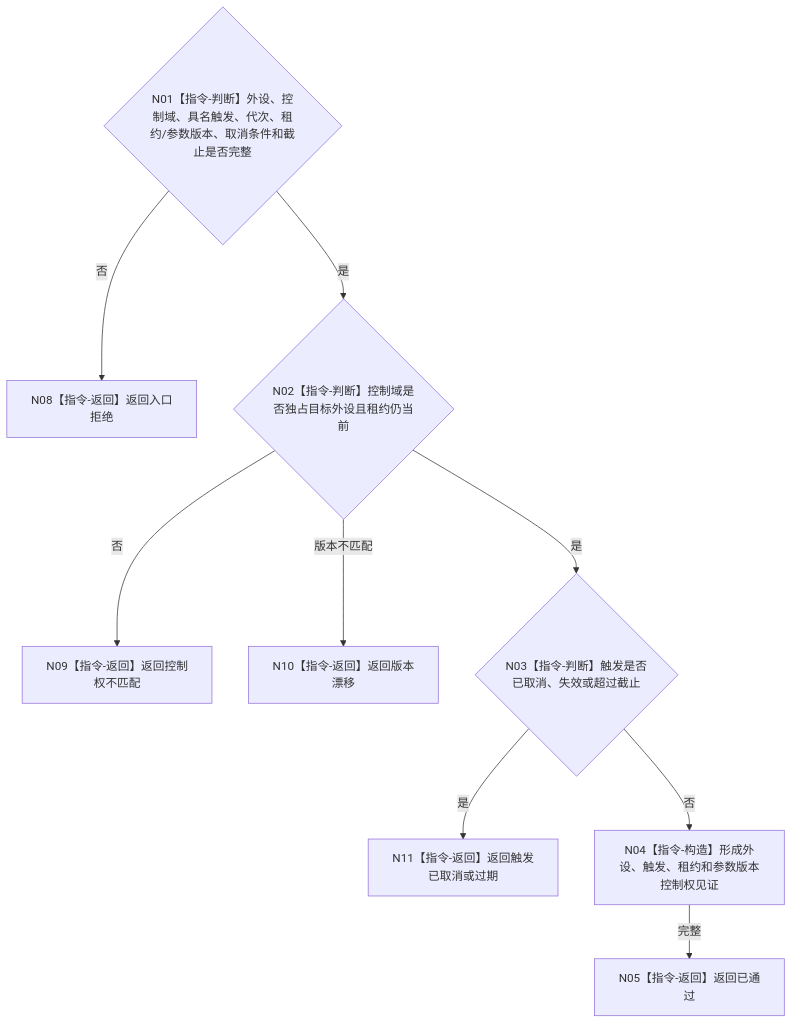
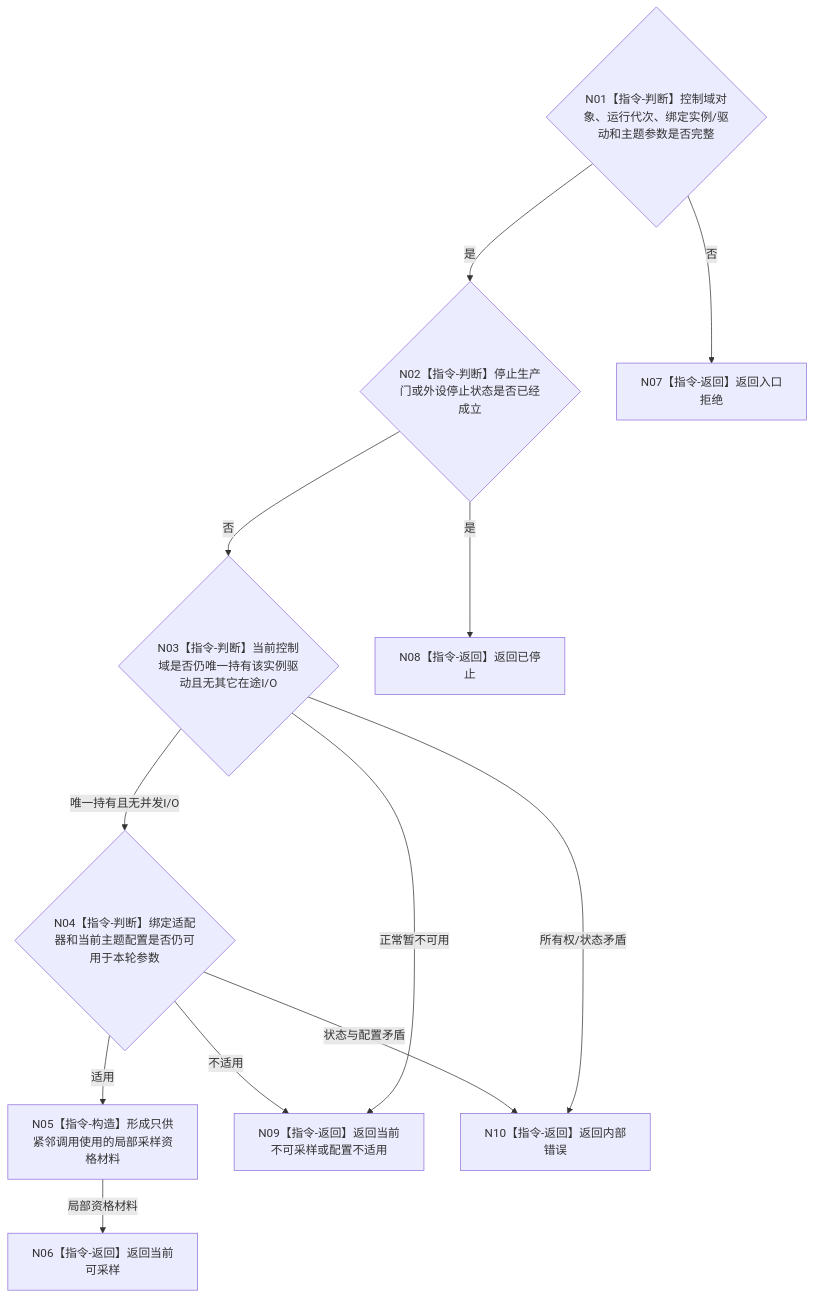
One commit to chunhaizh-cyber/HY-Ego changed the diagram in 流程图/目标业务流程图/L3/BIZ-L3-006-01-01_复核外设控制权_目标函数流程图_v0.2.md. Above: the diagram before and after it, drawn with Mermaid. The commit also changed other lines of this file and 17 other files, not shown here.

````diff
--- a/流程图/目标业务流程图/L3/BIZ-L3-006-01-01_复核外设控制权_目标函数流程图_v0.2.md
+++ b/流程图/目标业务流程图/L3/BIZ-L3-006-01-01_复核外设控制权_目标函数流程图_v0.2.md
@@ -30,11 +32,24 @@
 ```mermaid
 flowchart TD
-    N01{"N01【指令-判断】外设、控制域、具名触发、代次、租约/参数版本、取消条件和截止是否完整"} -->|否| N08["N08【指令-返回】返回入口拒绝"]
-    N01 -->|是| N02{"N02【指令-判断】控制域是否独占目标外设且租约仍当前"}
-    N02 -->|否| N09["N09【指令-返回】返回控制权不匹配"]
-    N02 -->|版本不匹配| N10["N10【指令-返回】返回版本漂移"]
-    N02 -->|是| N03{"N03【指令-判断】触发是否已取消、失效或超过截止"}
-    N03 -->|是| N11["N11【指令-返回】返回触发已取消或过期"]
-    N03 -->|否| N04["N04【指令-构造】形成外设、触发、租约和参数版本控制权见证"]
-    N04 -->|完整| N05["N05【指令-返回】返回已通过"]
+    N01{"N01【指令-判断】控制域对象、运行代次、绑定实例/驱动和主题参数是否完整"}
+    N02{"N02【指令-判断】停止生产门或外设停止状态是否已经成立"}
+    N03{"N03【指令-判断】当前控制域是否仍唯一持有该实例驱动且无其它在途I/O"}
+    N04{"N04【指令-判断】绑定适配器和当前主题配置是否仍可用于本轮参数"}
+    N05["N05【指令-构造】形成只供紧邻调用使用的局部采样资格材料"]
+    N06["N06【指令-返回】返回当前可采样"]
+    N07["N07【指令-返回】返回入口拒绝"]
+    N08["N08【指令-返回】返回已停止"]
+    N09["N09【指令-返回】返回当前不可采样或配置不适用"]
+    N10["N10【指令-返回】返回内部错误"]
+
+    N01 -->|否| N07
+    N01 -->|是| N02
+    N02 -->|是| N08
+    N02 -->|否| N03
+    N03 -->|唯一持有且无并发I/O| N04
+    N03 -->|正常暂不可用| N09
+    N03 -->|所有权/状态矛盾| N10
+    N04 -->|不适用| N09
+    N04 -->|状态与配置矛盾| N10
+    N04 -->|适用| N05 -->|局部资格材料| N06
 ```
````
